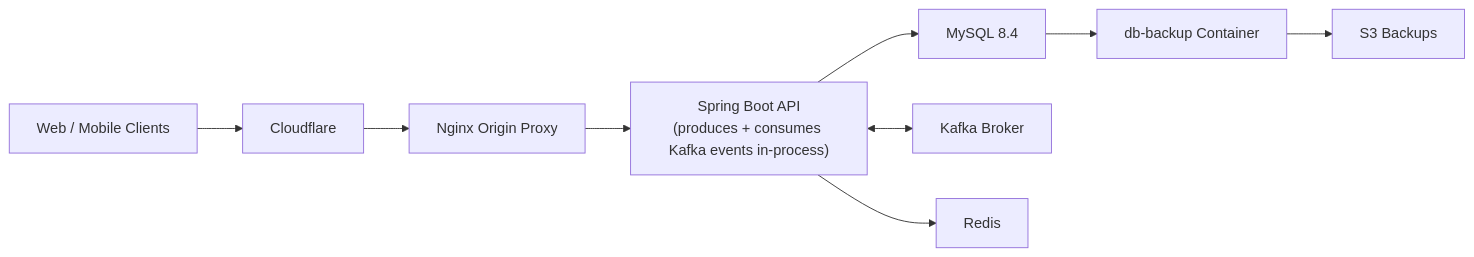
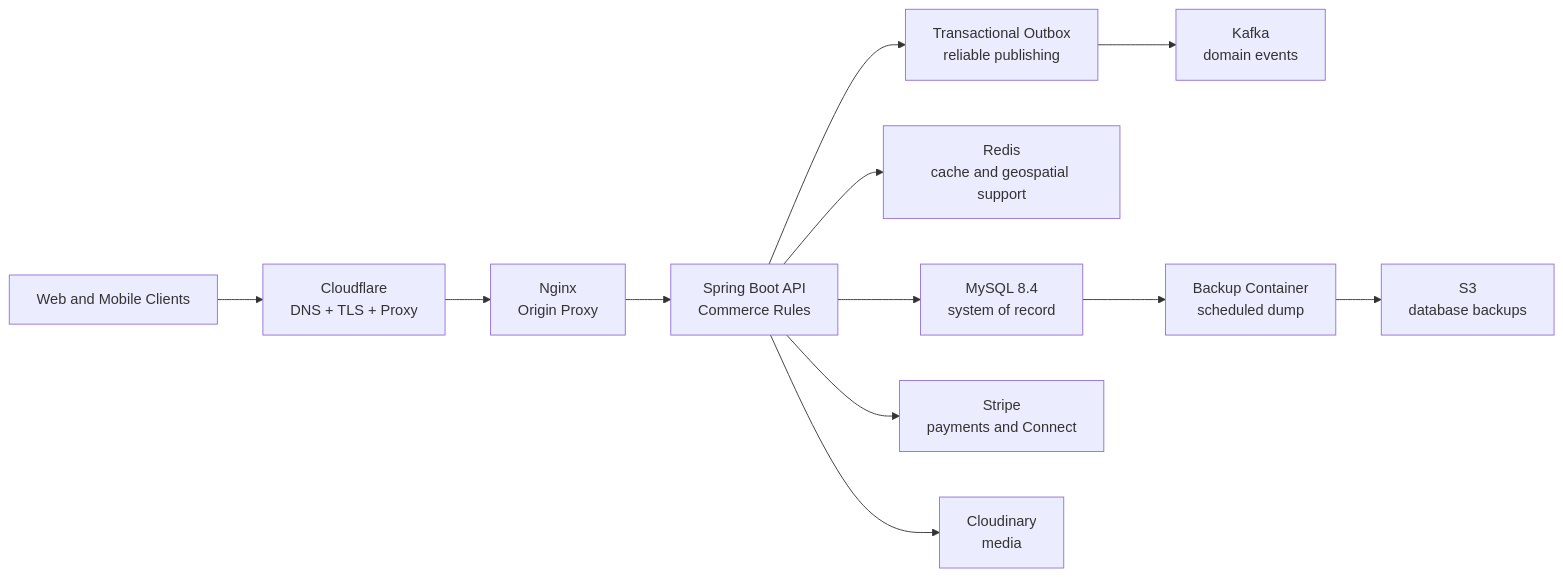
One commit to Ibikunleogunbanwo/Afrochow_Backend changed the first of 2 diagrams in README.md. Above: the diagram before and after it, drawn with Mermaid. The commit also changed other lines of this file and 238 other files, not shown here.

````diff
--- a/README.md
+++ b/README.md
@@ -29,21 +42,27 @@
 ```mermaid
 flowchart LR
-    browser["Web / Mobile Clients"]
-    cf["Cloudflare"]
-    nginx["Nginx Origin Proxy"]
-    app["Spring Boot API<br/>(produces + consumes Kafka events in-process)"]
-    mysql["MySQL 8.4"]
-    kafka["Kafka Broker"]
-    redis["Redis"]
-    backup["db-backup Container"]
-    s3["S3 Backups"]
+    client["Web and Mobile Clients"]
+    cf["Cloudflare<br/>DNS + TLS + Proxy"]
+    nginx["Nginx<br/>Origin Proxy"]
+    api["Spring Boot API<br/>Commerce Rules"]
+    mysql["MySQL 8.4<br/>system of record"]
+    redis["Redis<br/>cache and geospatial support"]
+    kafka["Kafka<br/>domain events"]
+    outbox["Transactional Outbox<br/>reliable publishing"]
+    stripe["Stripe<br/>payments and Connect"]
+    cloudinary["Cloudinary<br/>media"]
+    backup["Backup Container<br/>scheduled dump"]
+    s3["S3<br/>database backups"]
 
-    browser --> cf
+    client --> cf
     cf --> nginx
-    nginx --> app
-    app --> mysql
-    app --> redis
-    app <--> kafka
+    nginx --> api
+    api --> mysql
+    api --> redis
+    api --> stripe
+    api --> cloudinary
+    api --> outbox
+    outbox --> kafka
     mysql --> backup
     backup --> s3
 ```
````
